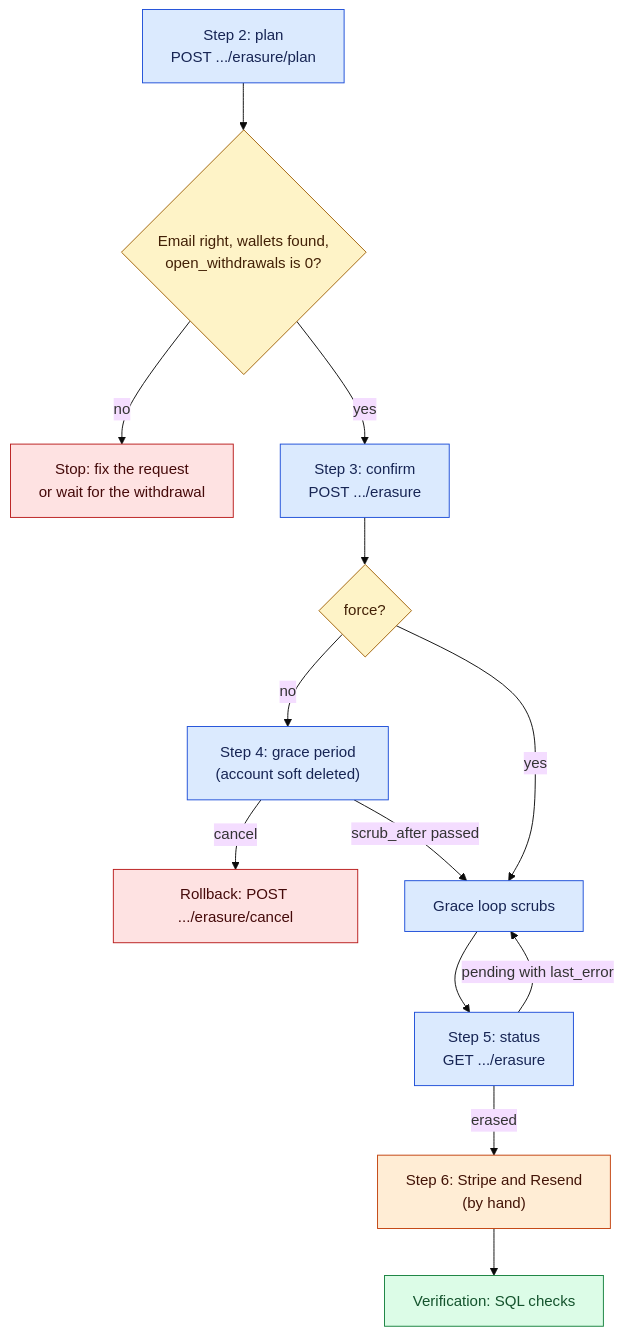
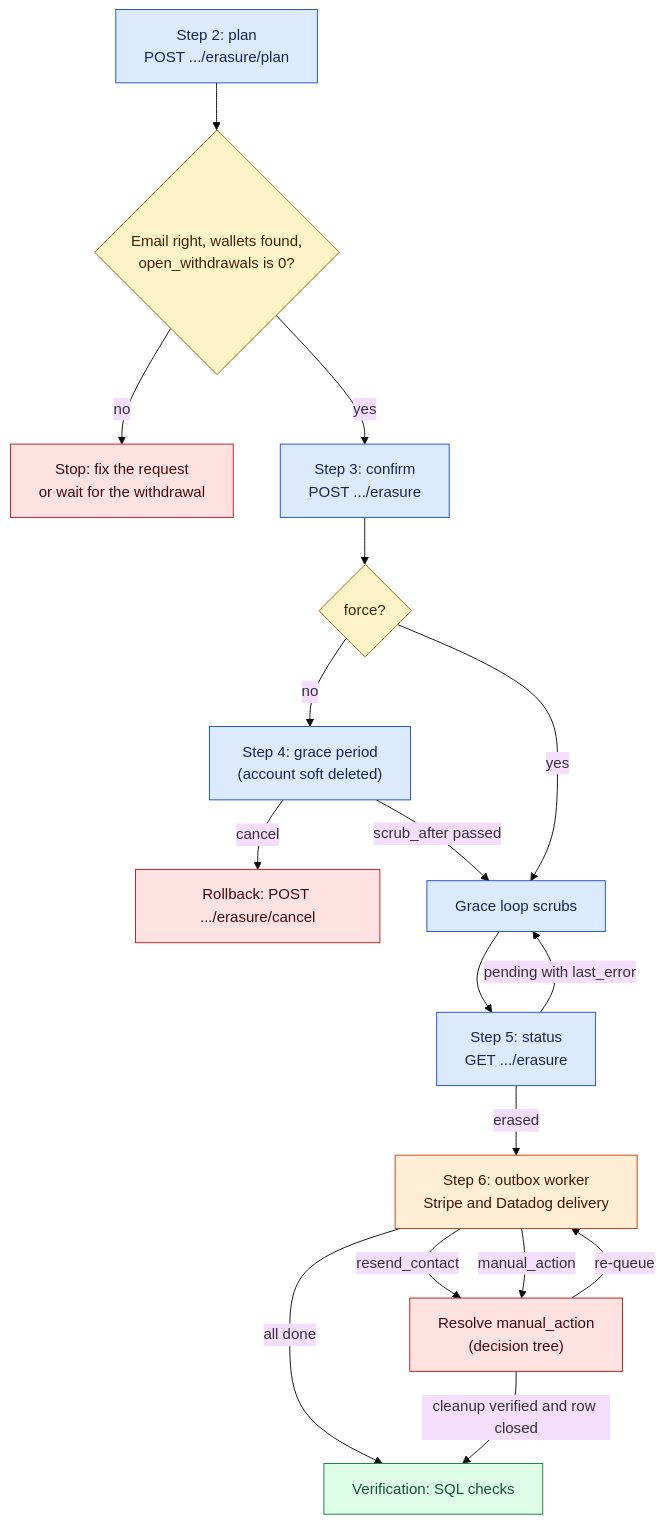
Before and after one commit to Layr-Labs/d-inference: the first of 2 diagrams in docs/operations/account-erasure.md, drawn with Mermaid (base theme). The commit also changed other lines of this file and 45 other files, not shown here.

First line of the commit message:
Deliver the account erasure outbox to Stripe and Datadog (#1333)

````diff
--- a/docs/operations/account-erasure.md
+++ b/docs/operations/account-erasure.md
@@ -24,21 +25,25 @@
 ```mermaid
 flowchart TD
   classDef step fill:#dbeafe,stroke:#1d4ed8,color:#172554
   classDef gate fill:#fef3c7,stroke:#a16207,color:#422006
   classDef done fill:#dcfce7,stroke:#15803d,color:#14532d
   classDef stop fill:#fee2e2,stroke:#b91c1c,color:#450a0a
   classDef ext fill:#ffedd5,stroke:#c2410c,color:#431407
 
   P["Step 2: plan<br/>POST .../erasure/plan"]:::step --> Q{"Email right, wallets found,<br/>open_withdrawals is 0?"}:::gate
   Q -- "no" --> S["Stop: fix the request<br/>or wait for the withdrawal"]:::stop
   Q -- "yes" --> C["Step 3: confirm<br/>POST .../erasure"]:::step
   C --> F{"force?"}:::gate
   F -- "no" --> G["Step 4: grace period<br/>(account soft deleted)"]:::step
   G -- "cancel" --> R["Rollback: POST .../erasure/cancel"]:::stop
   G -- "scrub_after passed" --> L["Grace loop scrubs"]:::step
   F -- "yes" --> L
   L --> T["Step 5: status<br/>GET .../erasure"]:::step
   T -- "pending with last_error" --> L
-  T -- "erased" --> X["Step 6: Stripe and Resend<br/>(by hand)"]:::ext
-  X --> V["Verification: SQL checks"]:::done
+  T -- "erased" --> X["Step 6: outbox worker<br/>Stripe and Datadog delivery"]:::ext
+  X -- "resend_contact" --> M
+  X -- "manual_action" --> M["Resolve manual_action<br/>(decision tree)"]:::stop
+  M -- "re-queue" --> X
+  X -- "all done" --> V["Verification: SQL checks"]:::done
+  M -- "cleanup verified and row closed" --> V
 ```
````
